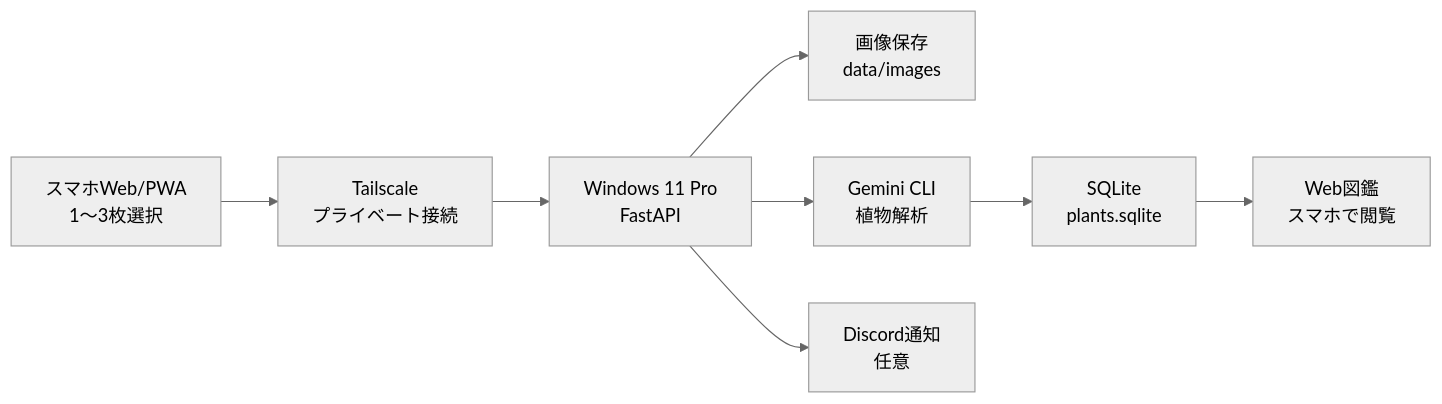
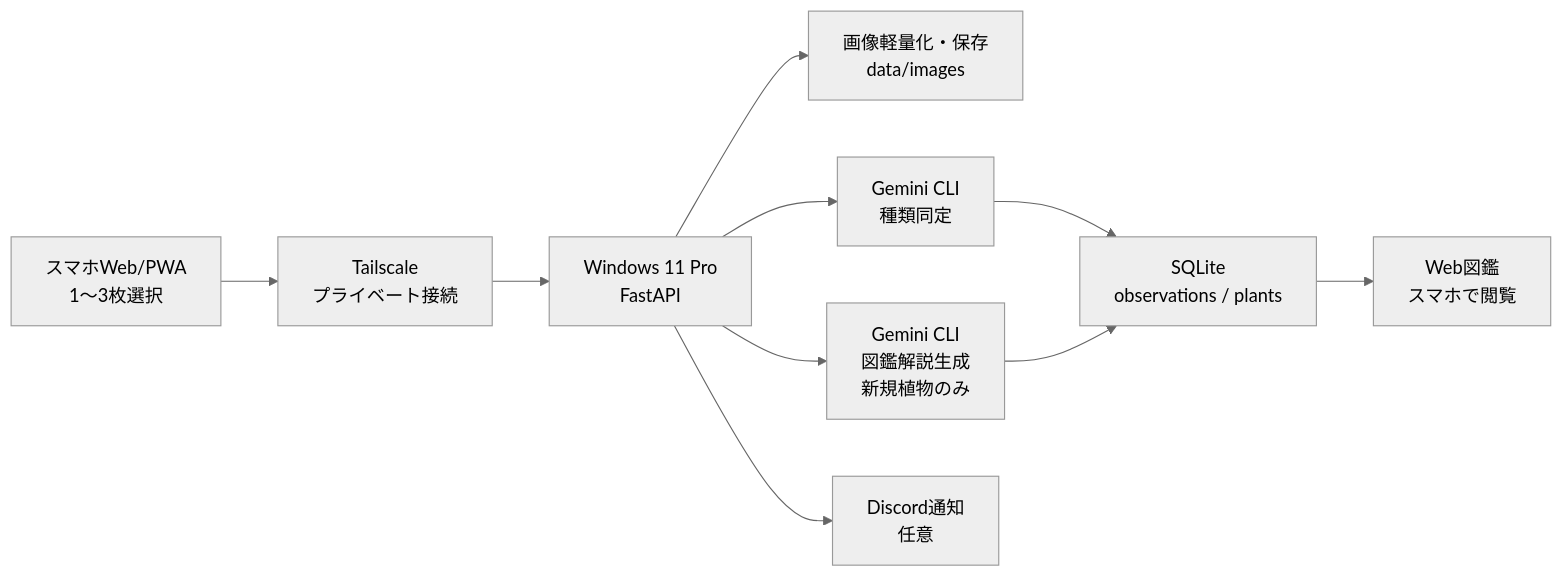
Before and after one commit to harunamitrader/AI-Plantgraphy: the diagram in docs/SPECIFICATION.md, drawn with Mermaid (neutral theme). The commit also changed other lines of this file, not shown here.

Commit message:
Expand specification with user and technical flows

````diff
--- a/docs/SPECIFICATION.md
+++ b/docs/SPECIFICATION.md
@@ -56,10 +58,12 @@
 ```mermaid
 flowchart LR
   A["スマホWeb/PWA<br/>1〜3枚選択"] --> B["Tailscale<br/>プライベート接続"]
   B --> C["Windows 11 Pro<br/>FastAPI"]
-  C --> D["画像保存<br/>data/images"]
-  C --> E["Gemini CLI<br/>植物解析"]
-  E --> F["SQLite<br/>plants.sqlite"]
+  C --> D["画像軽量化・保存<br/>data/images"]
+  C --> E["Gemini CLI<br/>種類同定"]
+  E --> F["SQLite<br/>observations / plants"]
+  C --> I["Gemini CLI<br/>図鑑解説生成<br/>新規植物のみ"]
+  I --> F
   F --> G["Web図鑑<br/>スマホで閲覧"]
   C --> H["Discord通知<br/>任意"]
 ```
````
